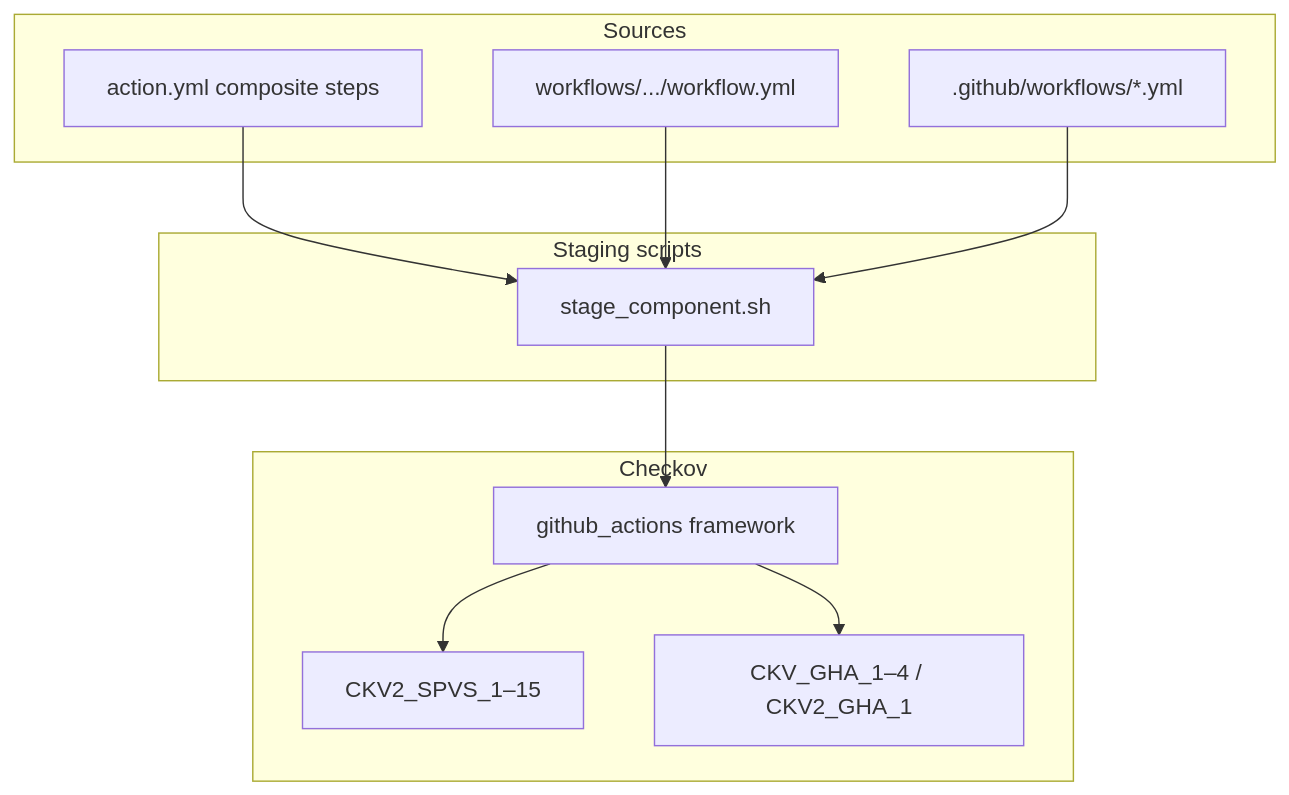
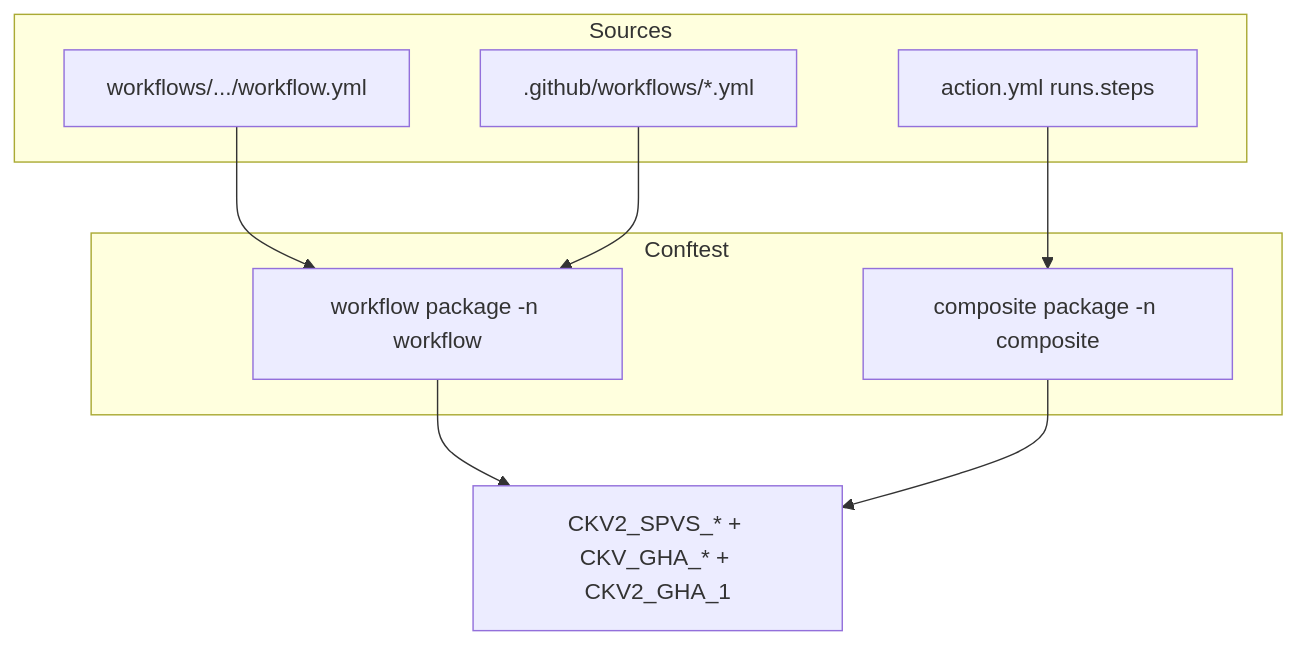
The second of 2 diagrams in README.md (ravichandrapatel/gha-reusable-actions-workflows), drawn with Mermaid before and after one commit. The commit also changed other lines of this file and 59 other files, not shown here.

First line of the commit message:
DCDT-121231 feat(spvs): migrate GHA policy enforcement from Checkov to Conftest

````diff
--- a/README.md
+++ b/README.md
@@ -143,22 +143,17 @@
 ```mermaid
 flowchart TB
   subgraph sources [Sources]
-    A[action.yml composite steps]
+    A[action.yml runs.steps]
     W[workflows/.../workflow.yml]
     R[.github/workflows/*.yml]
   end
-  subgraph stage [Staging scripts]
-    S[stage_component.sh]
+  subgraph scan [Conftest]
+    CW[workflow package -n workflow]
+    CC[composite package -n composite]
   end
-  subgraph scan [Checkov]
-    C[github_actions framework]
-    P[CKV2_SPVS_1–15]
-    B[CKV_GHA_1–4 / CKV2_GHA_1]
-  end
-  A --> S
-  W --> S
-  R --> S
-  S --> C
-  C --> P
-  C --> B
+  A --> CC
+  W --> CW
+  R --> CW
+  CW --> P[CKV2_SPVS_* + CKV_GHA_* + CKV2_GHA_1]
+  CC --> P
 ```
````
